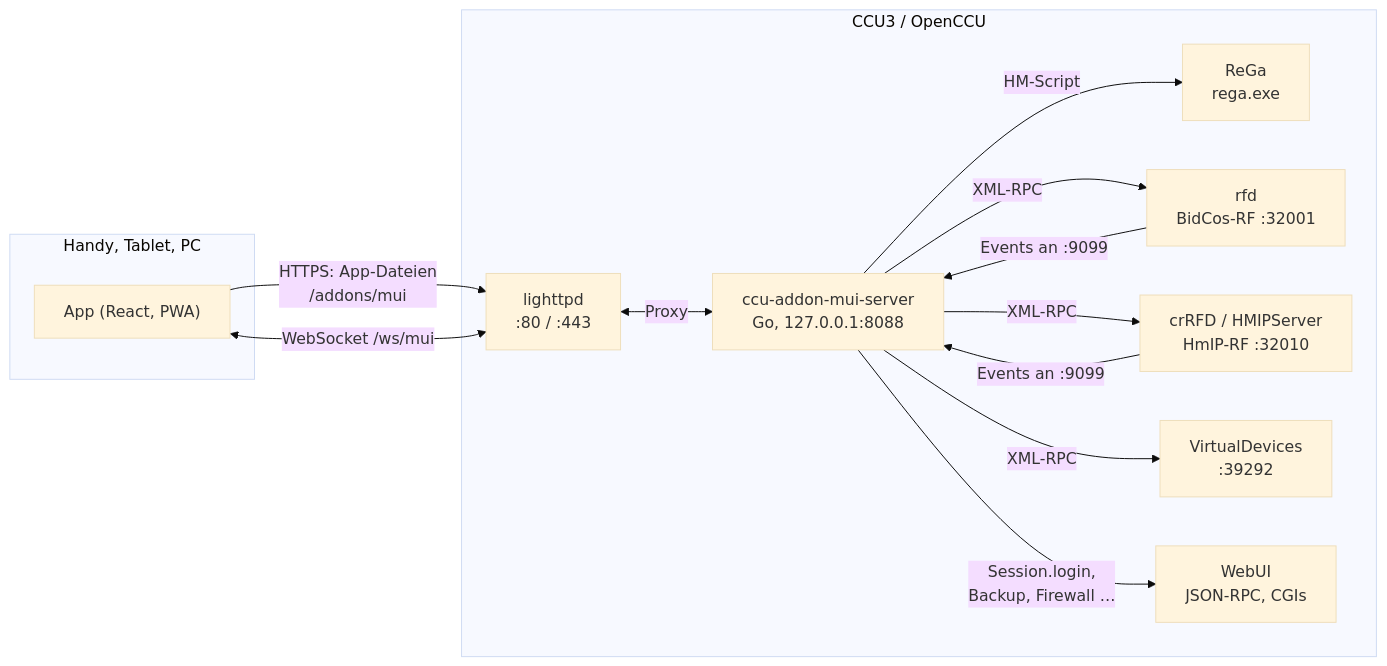
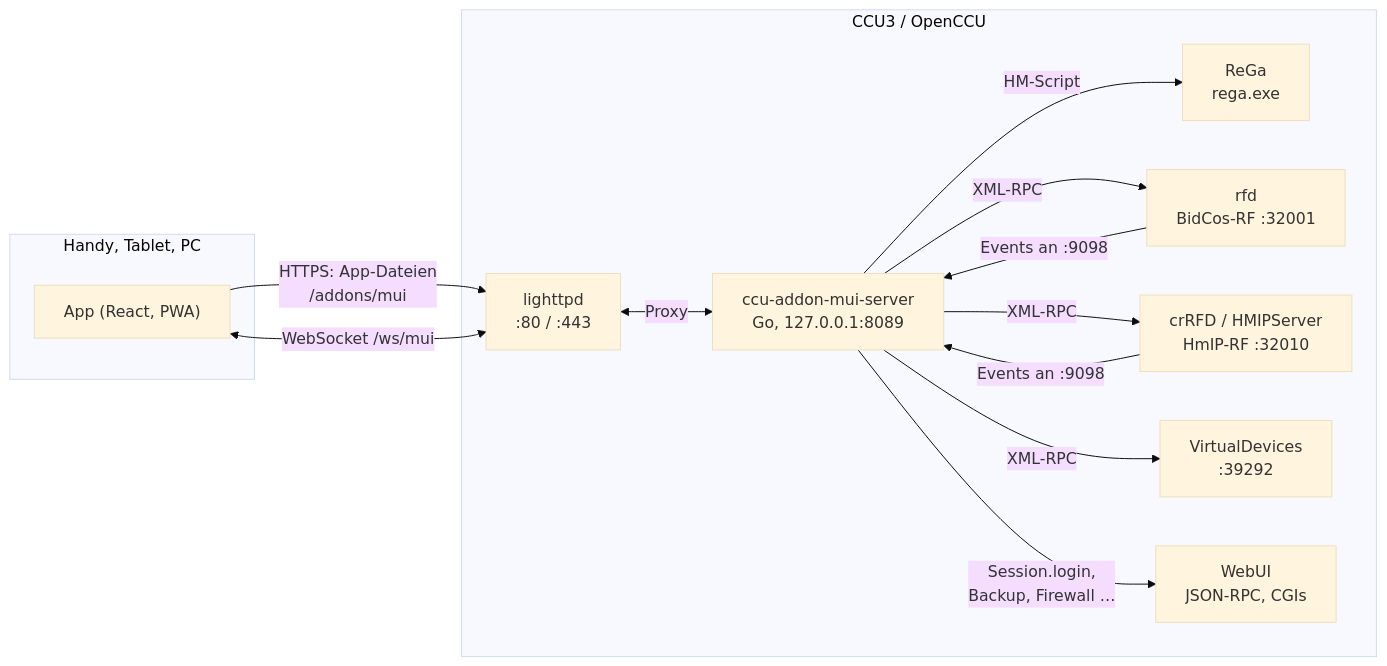
One commit to firsttris/ccu-addon-mui changed the first of 3 diagrams in docs/architektur.md. Above: the diagram before and after it, drawn with Mermaid (base theme). The commit also changed other lines of this file and 15 other files, not shown here.

````diff
--- a/docs/architektur.md
+++ b/docs/architektur.md
@@ -9,25 +9,25 @@
 ```mermaid
 flowchart LR
   subgraph Geräte["Handy, Tablet, PC"]
     App["App (React, PWA)"]
   end
   subgraph CCU["CCU3 / OpenCCU"]
     L["lighttpd<br/>:80 / :443"]
-    S["ccu-addon-mui-server<br/>Go, 127.0.0.1:8088"]
+    S["ccu-addon-mui-server<br/>Go, 127.0.0.1:8089"]
     R["ReGa<br/>rega.exe"]
     RF["rfd<br/>BidCos-RF :32001"]
     IP["crRFD / HMIPServer<br/>HmIP-RF :32010"]
     V["VirtualDevices<br/>:39292"]
     W["WebUI<br/>JSON-RPC, CGIs"]
   end
   App -- "HTTPS: App-Dateien<br/>/addons/mui" --> L
   App <-- "WebSocket /ws/mui" --> L
   L <-- Proxy --> S
   S -- "HM-Script" --> R
   S -- "XML-RPC" --> RF
   S -- "XML-RPC" --> IP
   S -- "XML-RPC" --> V
   S -- "Session.login,<br/>Backup, Firewall …" --> W
-  RF -- "Events an :9099" --> S
-  IP -- "Events an :9099" --> S
+  RF -- "Events an :9098" --> S
+  IP -- "Events an :9098" --> S
 ```
````
